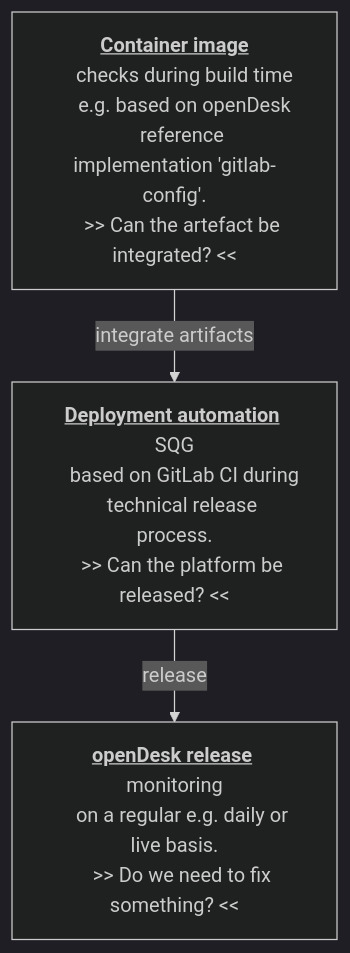
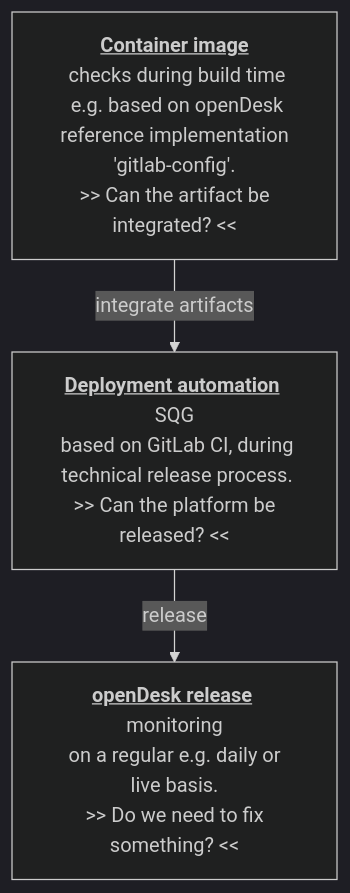
Before and after one commit to tobias-weiss-ai-xr/opendesk-edu: the third of 3 diagrams in docs/workflow.md, drawn with Mermaid (dark theme). The commit also changed other lines of this file and 49 other files, not shown here.

````diff
--- a/docs/workflow.md
+++ b/docs/workflow.md
@@ -254,17 +256,17 @@
 ```mermaid
 flowchart TD
-    A[<u><b>Container image</b></u>
-    checks during build time
-    e.g. based on openDesk
-    reference implementation 'gitlab-config'.
-    >> Can the artefact be integrated? <<
-    ] -->|integrate artifacts| B[<u><b>Deployment automation</b></u> SQG
-    based on GitLab CI during
-    technical release process.
-    >> Can the platform be released? <<
-    ]
-    B-->|release| C[<u><b>openDesk release</b></u> monitoring
-    on a regular e.g. daily or live basis.
-    >> Do we need to fix something? <<
-    ]
+ A[<u><b>Container image</b></u>
+ checks during build time
+ e.g. based on openDesk
+ reference implementation 'gitlab-config'.
+ >> Can the artifact be integrated? <<
+ ] -->|integrate artifacts| B[<u><b>Deployment automation</b></u> SQG
+ based on GitLab CI, during
+ technical release process.
+ >> Can the platform be released? <<
+ ]
+ B-->|release| C[<u><b>openDesk release</b></u> monitoring
+ on a regular e.g. daily or live basis.
+ >> Do we need to fix something? <<
+ ]
 ```
````
